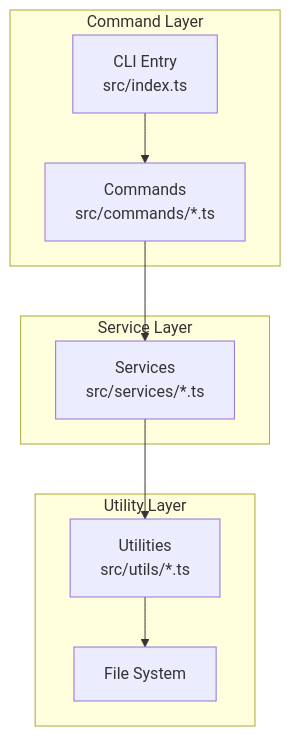
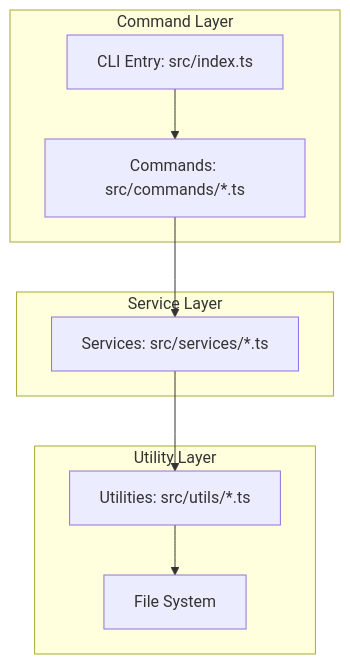
Before and after one commit to Xavier-Brinon/get-my-shit-done: the first of 2 diagrams in get-my-shit-done/templates/codebase/architecture.org, drawn with Mermaid. The commit also changed other lines of this file and 1 other file, not shown here.

First line of the commit message:
feat(01-02): replace ob-mermaid blocks in architecture templates

```diff
--- a/get-my-shit-done/templates/codebase/architecture.org
+++ b/get-my-shit-done/templates/codebase/architecture.org
@@ -231,18 +278,18 @@
-#+begin_src mermaid :file architecture-layers.png :exports results
+#+begin_src mermaid :exports none
 flowchart TD
     subgraph Presentation["Command Layer"]
-        CLI["CLI Entry\nsrc/index.ts"]
-        CMD["Commands\nsrc/commands/*.ts"]
+        CLI["CLI Entry: src/index.ts"]
+        CMD["Commands: src/commands/*.ts"]
     end
     subgraph Business["Service Layer"]
-        SVC["Services\nsrc/services/*.ts"]
+        SVC["Services: src/services/*.ts"]
     end
     subgraph Infrastructure["Utility Layer"]
-        UTL["Utilities\nsrc/utils/*.ts"]
+        UTL["Utilities: src/utils/*.ts"]
         FS["File System"]
     end
     CLI --> CMD
     CMD --> SVC
     SVC --> UTL
     UTL --> FS
 #+end_src
```
